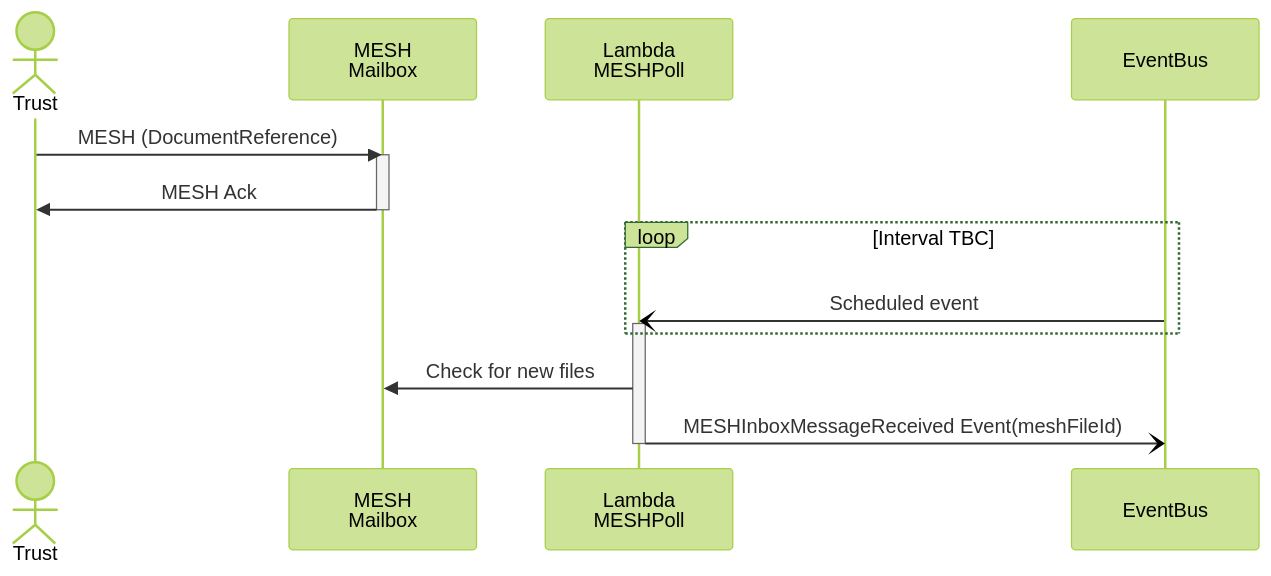
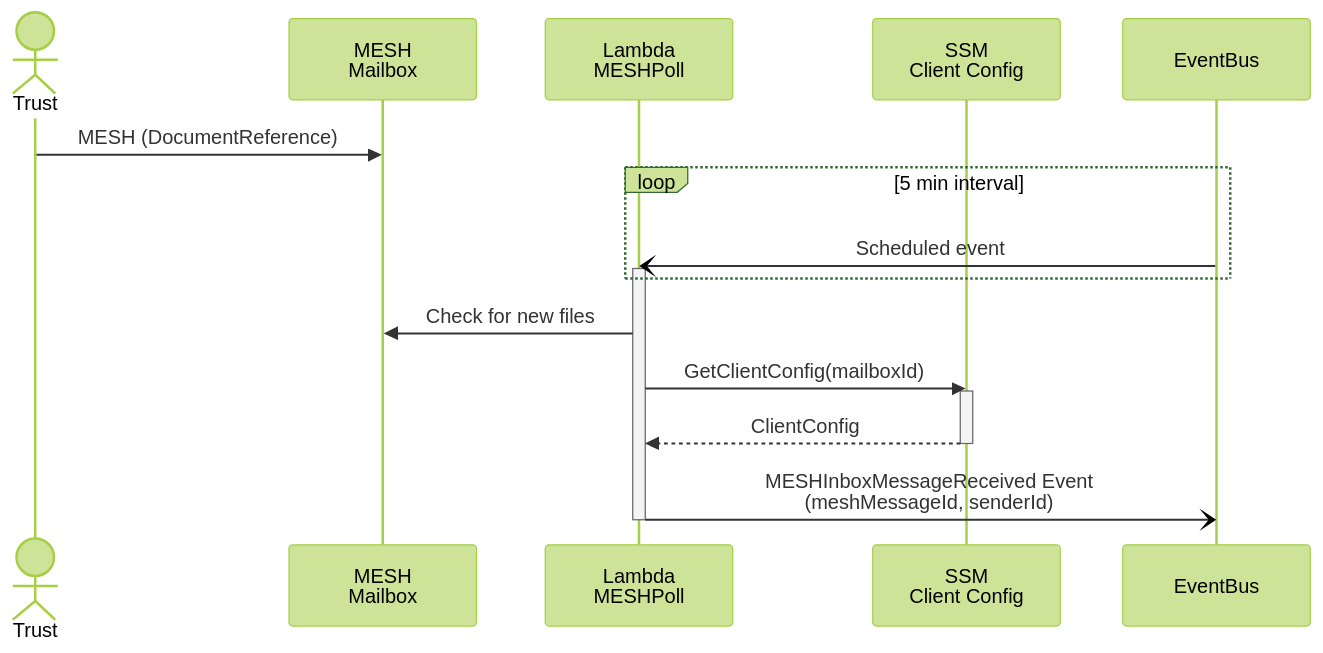
The diagram in docs/collections/_diagrams/sequence-mesh-poll.md (NHSDigital/nhs-notify-digital-letters), drawn with Mermaid (forest theme) before and after one commit. The commit also changed 6 other files, not shown here.

Commit message:
CCM-12616: Add SSM and validation into MESH Poll  diagrams CCM-12616: Add senderId into MESHInboxMessageReceived event

````diff
--- a/docs/collections/_diagrams/sequence-mesh-poll.md
+++ b/docs/collections/_diagrams/sequence-mesh-poll.md
@@ -7,22 +7,24 @@
 ```mermaid
 
 sequenceDiagram
   actor trust as Trust
   participant meshMailbox as MESH<br/>Mailbox
   participant meshPoll as Lambda<br/>MESHPoll
+  participant clientConfig as SSM<br/>Client Config
   participant eventBus as EventBus
 
   trust ->> meshMailbox: MESH (DocumentReference)
-  activate meshMailbox
-    meshMailbox ->> trust: MESH Ack
-  deactivate meshMailbox
 
-  Loop Interval TBC
+  Loop 5 min interval
     eventBus -) meshPoll: Scheduled event
     activate meshPoll
   end
   meshPoll ->> meshMailbox: Check for new files
-  meshPoll -) eventBus: MESHInboxMessageReceived Event(meshFileId)
+  meshPoll ->> clientConfig: GetClientConfig(mailboxId)
+  activate clientConfig
+    clientConfig -->> meshPoll: ClientConfig
+  deactivate clientConfig
+  meshPoll -) eventBus: MESHInboxMessageReceived Event<br/>(meshMessageId, senderId)
   deactivate meshPoll
 
 ```
````
